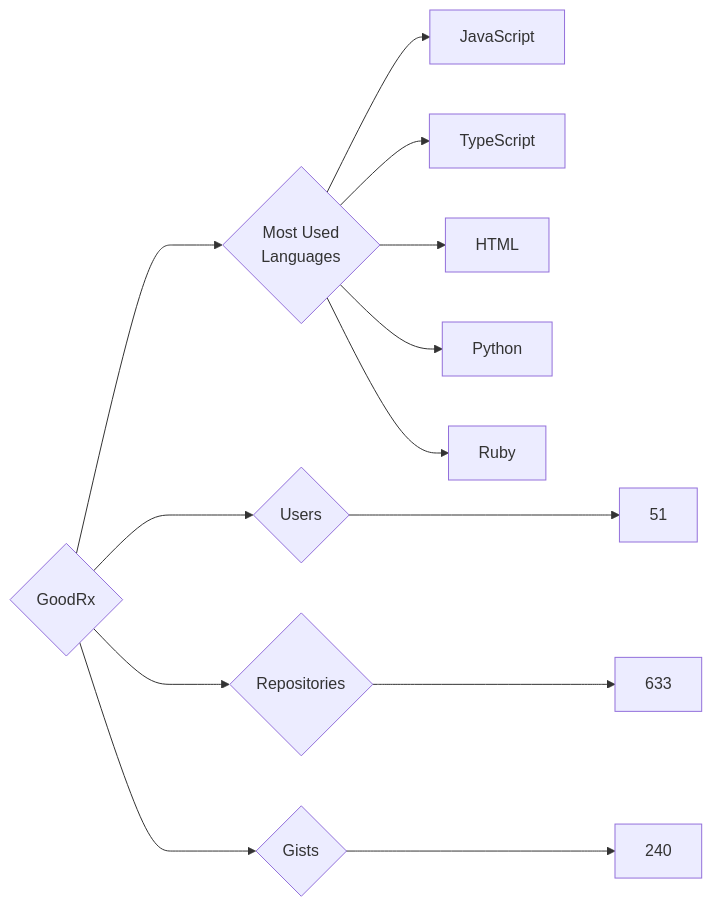
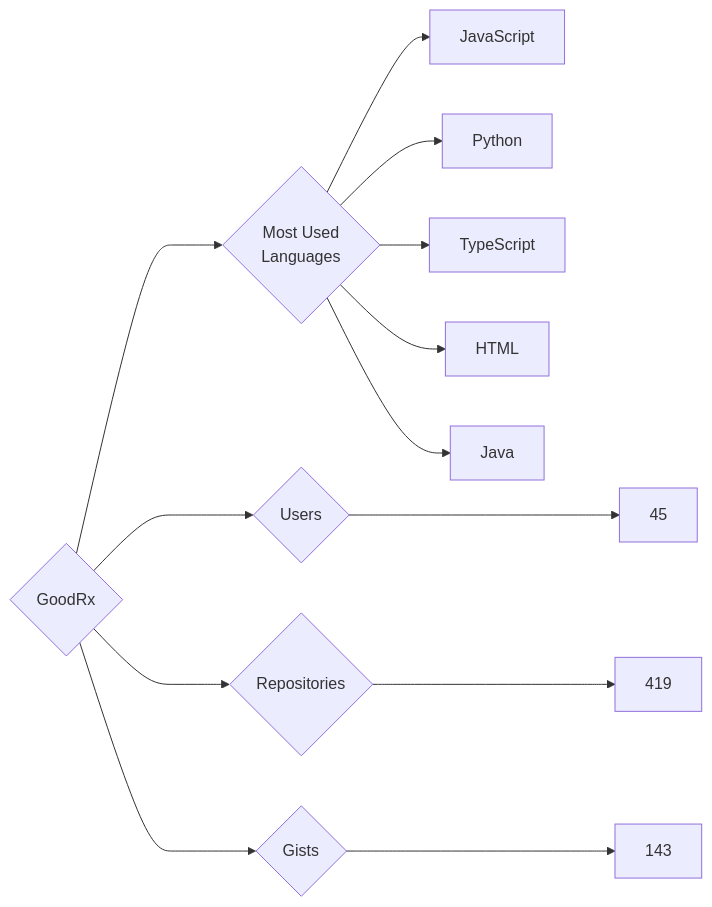
Before and after one commit to trickest/insiders: the diagram in targets/GoodRx/README.md, drawn with Mermaid. The commit also changed 872 other files, not shown here.

````diff
--- a/targets/GoodRx/README.md
+++ b/targets/GoodRx/README.md
@@ -3,13 +3,13 @@
 ```mermaid
 graph LR
 COMPANY_NAME{GoodRx}
-COMPANY_NAME ---> U{Users} ---> UN[51]
-COMPANY_NAME ---> R{Repositories} ---> RN[633]
-COMPANY_NAME ---> G{Gists} ---> GN[240]
+COMPANY_NAME ---> U{Users} ---> UN[45]
+COMPANY_NAME ---> R{Repositories} ---> RN[419]
+COMPANY_NAME ---> G{Gists} ---> GN[143]
 COMPANY_NAME ---> ML{Most Used<br>Languages}
 ML --> JavaScript[JavaScript]
+ML --> Python[Python]
 ML --> TypeScript[TypeScript]
 ML --> HTML[HTML]
-ML --> Python[Python]
-ML --> Ruby[Ruby]
+ML --> Java[Java]
 ```
````
